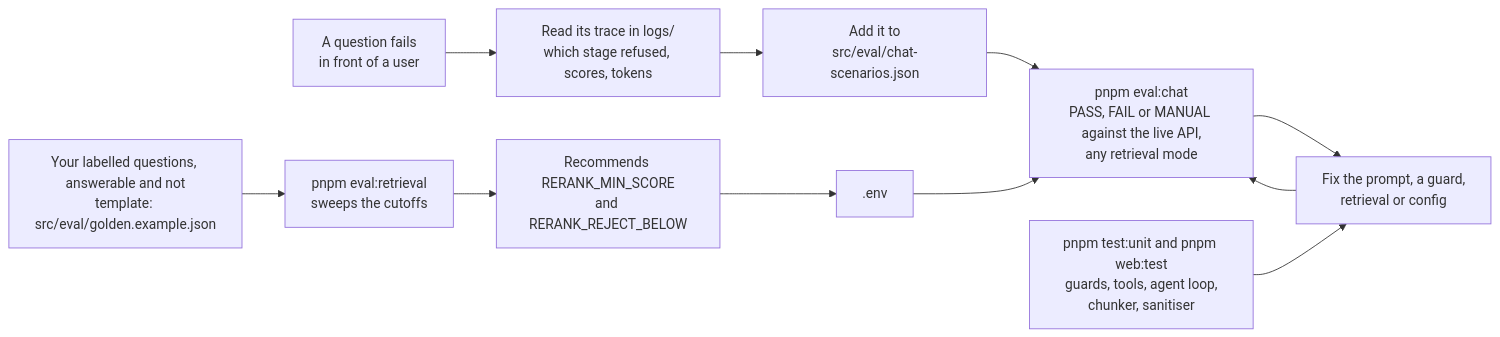
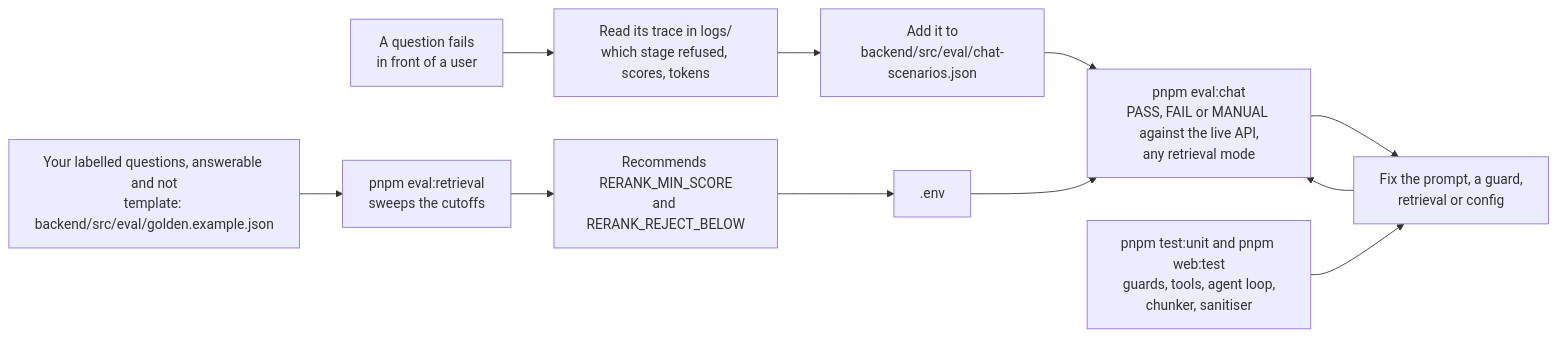
The sixth of 6 diagrams in langchain-langgraph-rag/README.md (KiranMantha/AI_Exercises), drawn with Mermaid before and after one commit. The commit also changed other lines of this file and 69 other files, not shown here.

````diff
--- a/langchain-langgraph-rag/README.md
+++ b/langchain-langgraph-rag/README.md
@@ -229,15 +245,15 @@
 ```mermaid
 flowchart LR
     FAIL[A question fails<br/>in front of a user] --> TRACE[Read its trace in logs/<br/>which stage refused, scores, tokens]
-    TRACE --> SCENARIO[Add it to<br/>src/eval/chat-scenarios.json]
+    TRACE --> SCENARIO[Add it to<br/>backend/src/eval/chat-scenarios.json]
     SCENARIO --> CHAT[pnpm eval:chat<br/>PASS, FAIL or MANUAL against the live API,<br/>any retrieval mode]
     CHAT --> FIX[Fix the prompt, a guard,<br/>retrieval or config]
     FIX --> CHAT
 
-    GOLD[Your labelled questions, answerable and not<br/>template: src/eval/golden.example.json] --> RETR[pnpm eval:retrieval<br/>sweeps the cutoffs]
+    GOLD[Your labelled questions, answerable and not<br/>template: backend/src/eval/golden.example.json] --> RETR[pnpm eval:retrieval<br/>sweeps the cutoffs]
     RETR --> RECOMMEND[Recommends RERANK_MIN_SCORE<br/>and RERANK_REJECT_BELOW]
     RECOMMEND --> ENV[.env]
     ENV --> CHAT
 
     UNIT[pnpm test:unit and pnpm web:test<br/>guards, tools, agent loop,<br/>chunker, sanitiser] --> FIX
 ```
````
